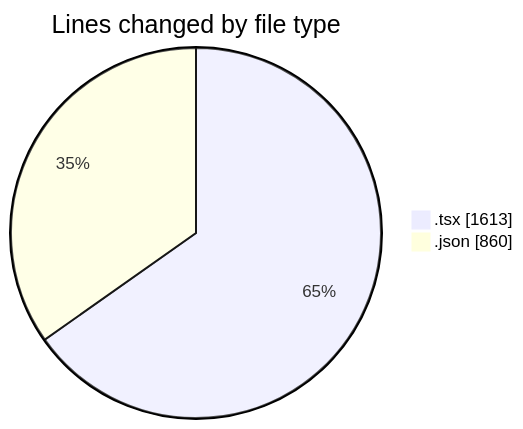
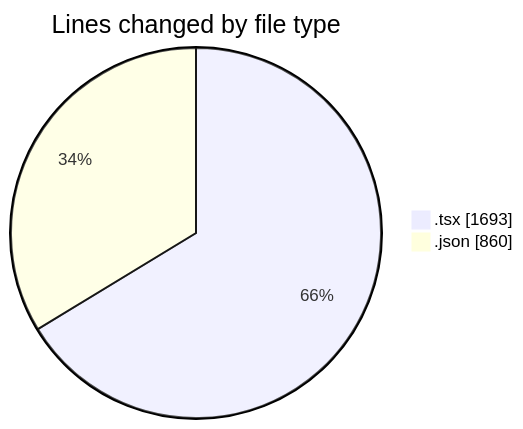
One commit to EIIisD/code-tracking changed the first of 2 diagrams in 2025-08-13/ribbon/README.md. Above: the diagram before and after it, drawn with Mermaid. The commit also changed other lines of this file and 1 other file, not shown here.

````diff
--- a/2025-08-13/ribbon/README.md
+++ b/2025-08-13/ribbon/README.md
@@ -28,6 +29,6 @@
 ```mermaid
 pie showData
 title Lines changed by file type
-".tsx" : 1613
+".tsx" : 1693
 ".json" : 860
 ```
````
